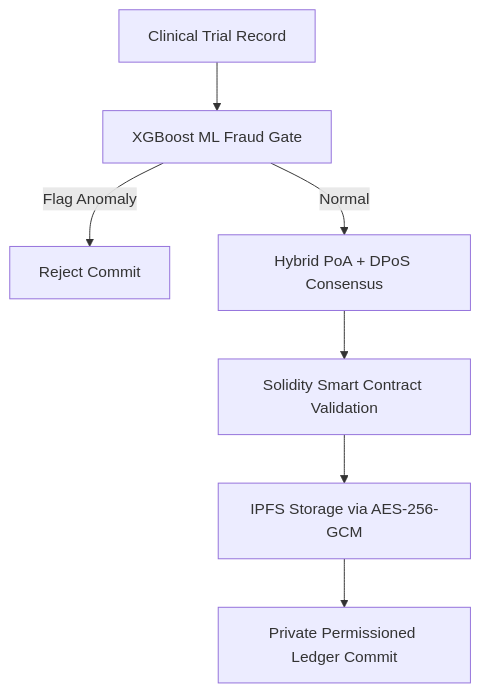
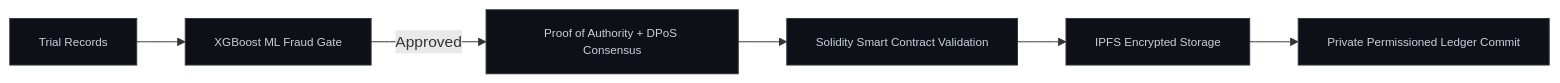
The fifth of 9 diagrams in README.md (PSaanviBhat/PSaanviBhat), drawn with Mermaid before and after one commit. The commit also changed other lines of this file, not shown here.

````diff
--- a/README.md
+++ b/README.md
@@ -277,9 +188,9 @@
 ```mermaid
-graph TD
-  Data[Clinical Trial Record] --> MLGate[XGBoost ML Fraud Gate]
-  MLGate -- Flag Anomaly --> Reject[Reject Commit]
-  MLGate -- Normal --> Consensus[Hybrid PoA + DPoS Consensus]
+graph LR
+  classDef default fill:#0d1117,stroke:#30363d,stroke-width:1px,color:#c9d1d9,font-size:12px;
+  TrialData[Trial Records] --> Fraud[XGBoost ML Fraud Gate]
+  Fraud -- Approved --> Consensus[Proof of Authority + DPoS Consensus]
   Consensus --> Solidity[Solidity Smart Contract Validation]
-  Solidity --> IPFS[IPFS Storage via AES-256-GCM]
+  Solidity --> IPFS[IPFS Encrypted Storage]
   IPFS --> Chain[Private Permissioned Ledger Commit]
 ```
````
